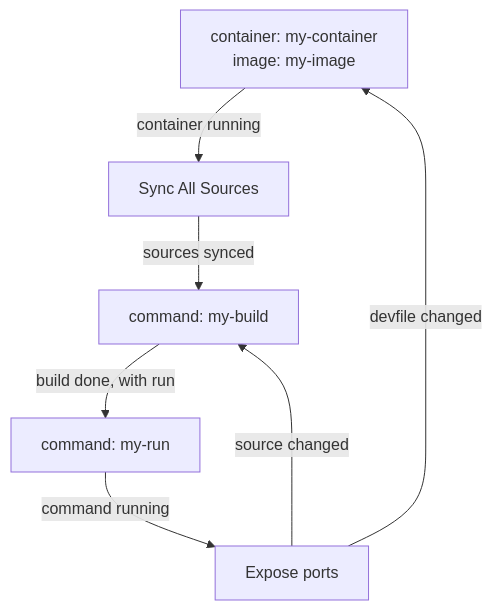
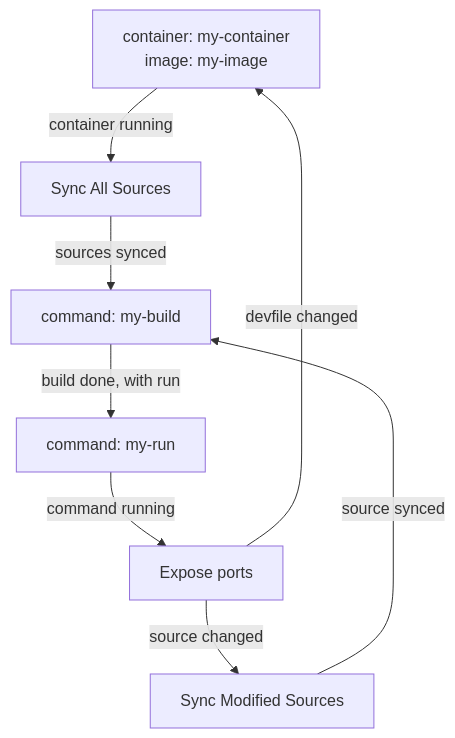
Before and after one commit to feloy/devfile-lifecycle: the diagram in pkg/graph/graphs/container-build-run.md, drawn with Mermaid. The commit also changed 2 other files, not shown here.

Commit message:
Add Sync sources after sources changed

````diff
--- a/pkg/graph/graphs/container-build-run.md
+++ b/pkg/graph/graphs/container-build-run.md
@@ -1,14 +1,16 @@
 ```mermaid
 graph TB
 my-container["container: my-container<br/>image: my-image"]
 my-build["command: my-build"]
 my-container-my-run-expose["Expose ports"]
 my-run["command: my-run"]
 sync-all-my-container["Sync All Sources"]
+sync-modified-my-container["Sync Modified Sources"]
 my-container -->|"container running"| sync-all-my-container
 sync-all-my-container -->|"sources synced"| my-build
 my-build -->|"build done, with run"| my-run
 my-run -->|"command running"| my-container-my-run-expose
-my-container-my-run-expose -->|"source changed"| my-build
+my-container-my-run-expose -->|"source changed"| sync-modified-my-container
+sync-modified-my-container -->|"source synced"| my-build
 my-container-my-run-expose -->|"devfile changed"| my-container
 ```
````
